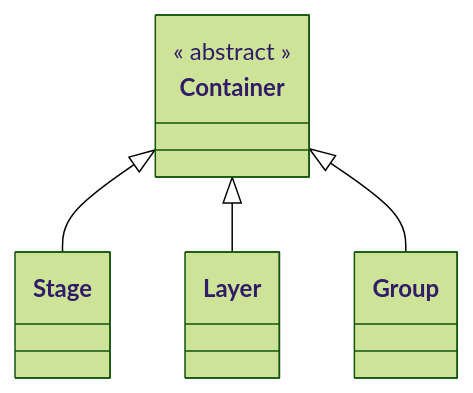
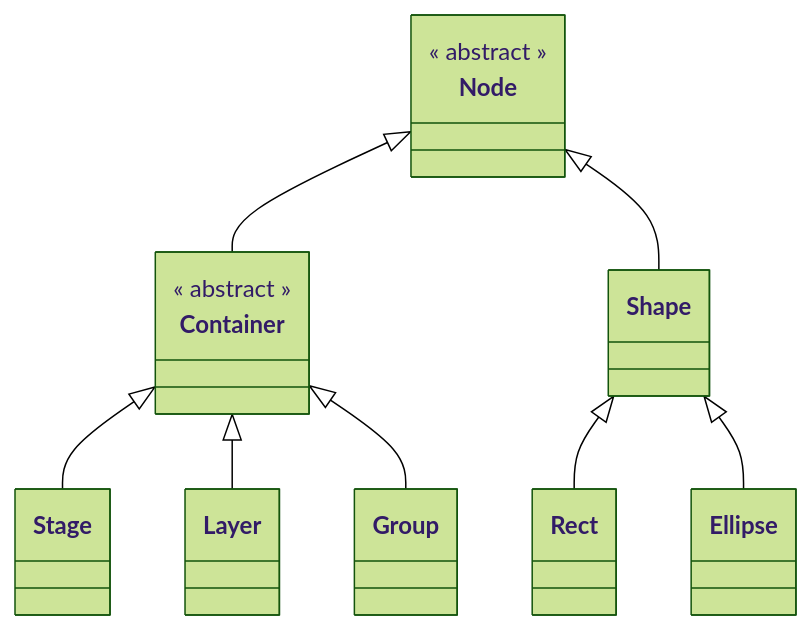
The diagram in docs/analysis/inheritance-diagram.md (foolishflyfox/konva-docs-zh), drawn with Mermaid (forest theme) before and after one commit. The commit also changed 2 other files, not shown here.

Commit message:
feat: 类节点添加文档超链接

````diff
--- a/docs/analysis/inheritance-diagram.md
+++ b/docs/analysis/inheritance-diagram.md
@@ -3,17 +3,44 @@
 ```mermaid
 classDiagram
+
+class Node {
+    << abstract >>
+}
+link Node "../api/node"
 
 class Container {
     << abstract >>
 }
+link Container "../api/container"
+
 class Stage {
 }
+link Stage "../api/stage"
+
 class Layer {
 }
+link Layer "../api/layer"
+
 class Group {
 }
+link Group "../api/group"
 
+class Shape {
+}
+link Shape "../api/shape"
+
+class Rect {}
+link Rect "../api/rect"
+
+class Ellipse {}
+link Ellipse "../api/ellipse"
+
+
+Node <|-- Container
+Node <|-- Shape
 Container <|-- Stage
 Container <|-- Layer
 Container <|-- Group
+Shape <|-- Rect
+Shape <|-- Ellipse
 ```
````
